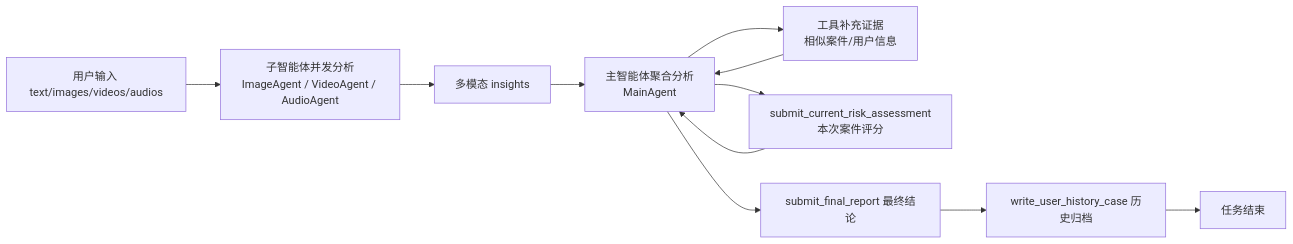
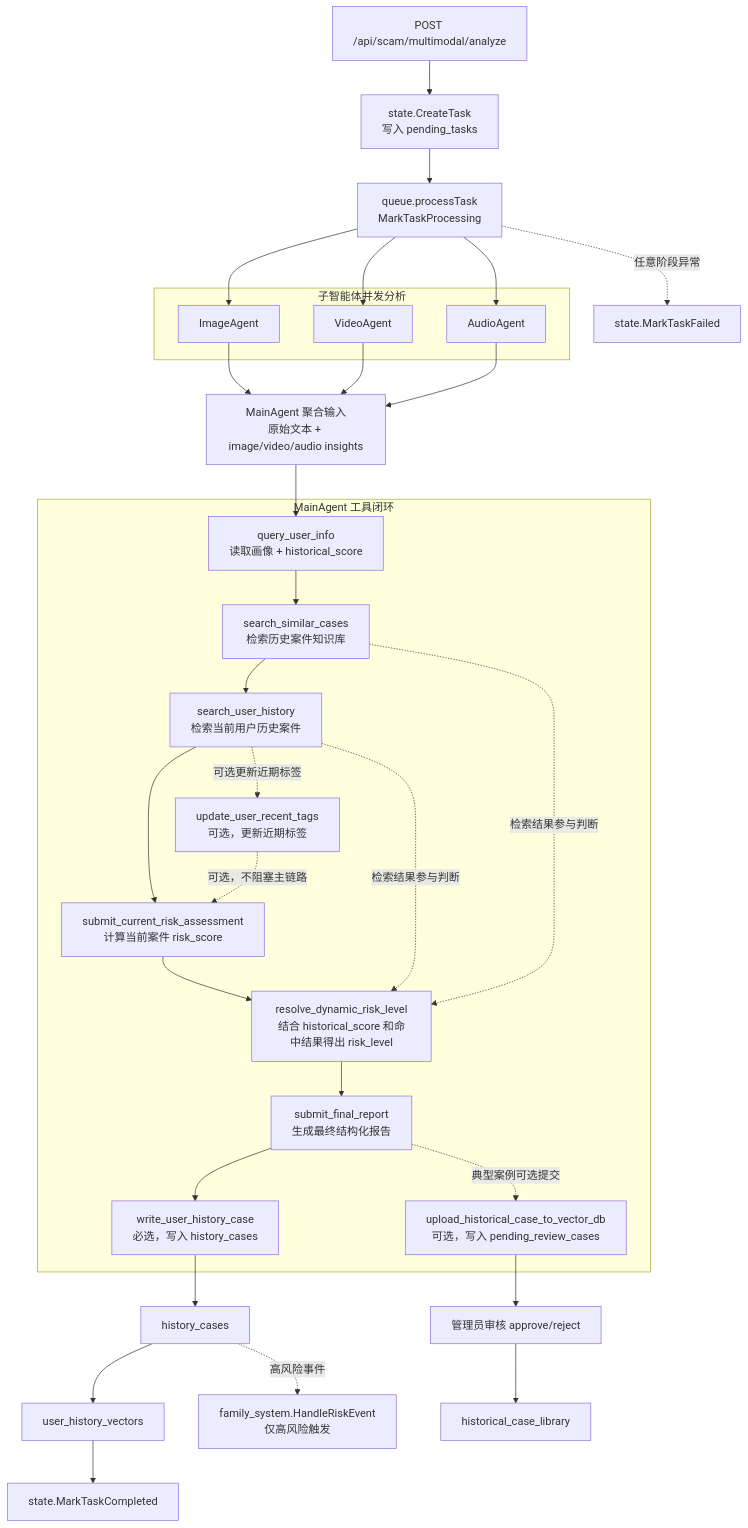
Before and after one commit to Yyzfddsdf/AntiFraud-AI-Assistant: the second of 2 diagrams in README.md, drawn with Mermaid. The commit also changed other lines of this file and 1 other file, not shown here.

First line of the commit message:
docs: 更新系统架构图和智能体交互图

````diff
--- a/README.md
+++ b/README.md
@@ -162,14 +166,53 @@
 ```mermaid
-flowchart LR
-    U[用户输入 text/images/videos/audios]
-    SA[子智能体并发分析<br/>ImageAgent / VideoAgent / AudioAgent]
-    I[多模态 insights]
-    MA[主智能体聚合分析<br/>MainAgent]
-    T[工具补充证据<br/>相似案件/用户信息]
-    S[submit_current_risk_assessment<br/>本次案件评分]
-    R[submit_final_report 最终结论]
-    H[write_user_history_case 历史归档]
-    E[任务结束]
+flowchart TB
+    REQ[POST /api/scam/multimodal/analyze]
+    CREATE[state.CreateTask<br/>写入 pending_tasks]
+    PROC[queue.processTask<br/>MarkTaskProcessing]
 
-    U --> SA --> I --> MA --> T --> MA --> S --> MA --> R --> H --> E
+    subgraph SA["子智能体并发分析"]
+        IMG[ImageAgent]
+        VID[VideoAgent]
+        AUD[AudioAgent]
+    end
+
+    MERGE[MainAgent 聚合输入<br/>原始文本 + image/video/audio insights]
+
+    subgraph TOOLS["MainAgent 工具闭环"]
+        UINFO[query_user_info<br/>读取画像 + historical_score]
+        KB[search_similar_cases<br/>检索历史案件知识库]
+        UH[search_user_history<br/>检索当前用户历史案件]
+        TAGS[update_user_recent_tags<br/>可选，更新近期标签]
+        SCORE[submit_current_risk_assessment<br/>计算当前案件 risk_score]
+        LEVEL[resolve_dynamic_risk_level<br/>结合 historical_score 和命中结果得出 risk_level]
+        FINAL[submit_final_report<br/>生成最终结构化报告]
+        REVIEW[upload_historical_case_to_vector_db<br/>可选，写入 pending_review_cases]
+        ARCHIVE[write_user_history_case<br/>必选，写入 history_cases]
+    end
+
+    HISTORY[history_cases]
+    VECTOR[user_history_vectors]
+    FAMILY[family_system.HandleRiskEvent<br/>仅高风险触发]
+    DONE[state.MarkTaskCompleted]
+    FAILED[state.MarkTaskFailed]
+    ADMIN[管理员审核 approve/reject]
+    CASEDB[historical_case_library]
+
+    REQ --> CREATE --> PROC
+    PROC --> IMG
+    PROC --> VID
+    PROC --> AUD
+    IMG --> MERGE
+    VID --> MERGE
+    AUD --> MERGE
+
+    MERGE --> UINFO --> KB --> UH --> SCORE --> LEVEL --> FINAL --> ARCHIVE
+    UH -. 可选更新近期标签 .-> TAGS
+    TAGS -. 可选，不阻塞主链路 .-> SCORE
+    FINAL -. 典型案例可选提交 .-> REVIEW --> ADMIN --> CASEDB
+    KB -. 检索结果参与判断 .-> LEVEL
+    UH -. 检索结果参与判断 .-> LEVEL
+
+    ARCHIVE --> HISTORY --> VECTOR --> DONE
+    HISTORY -. 高风险事件 .-> FAMILY
+    PROC -. 任意阶段异常 .-> FAILED
 ```
````
